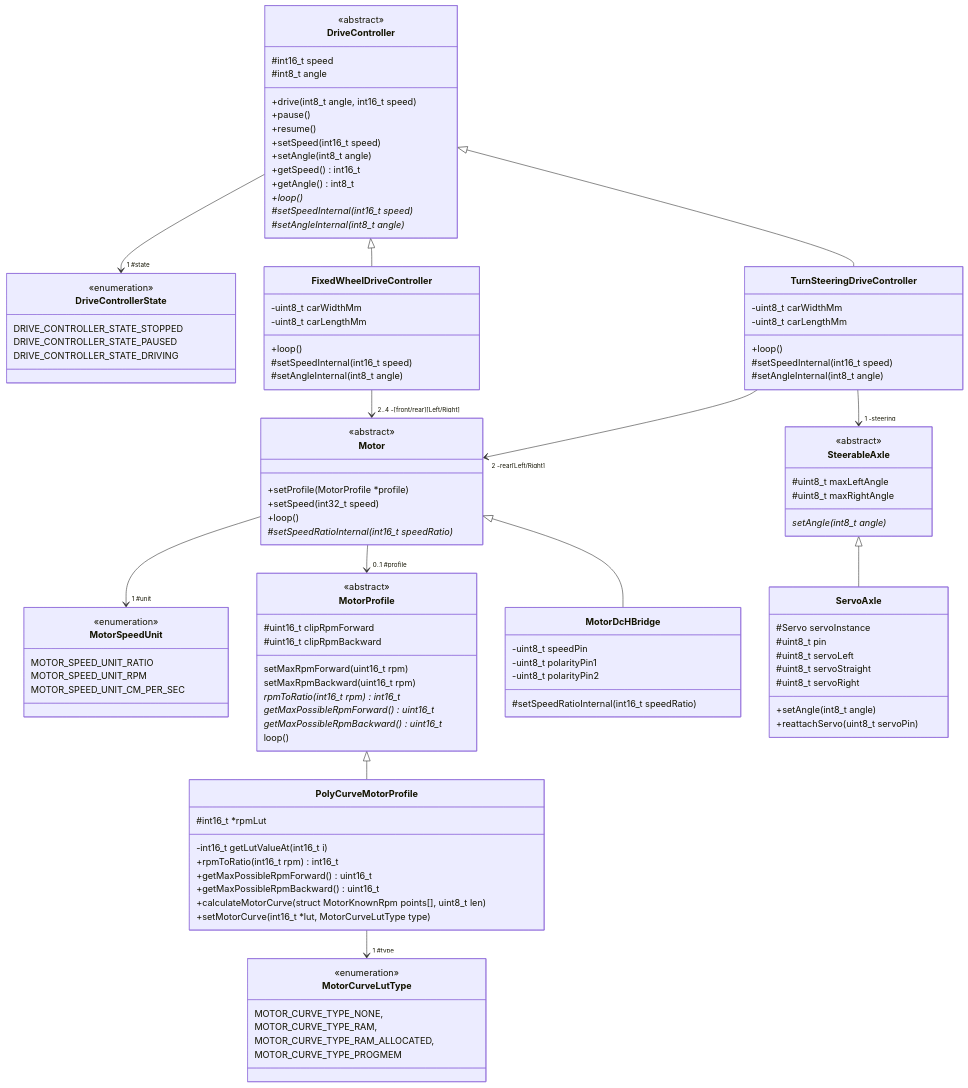
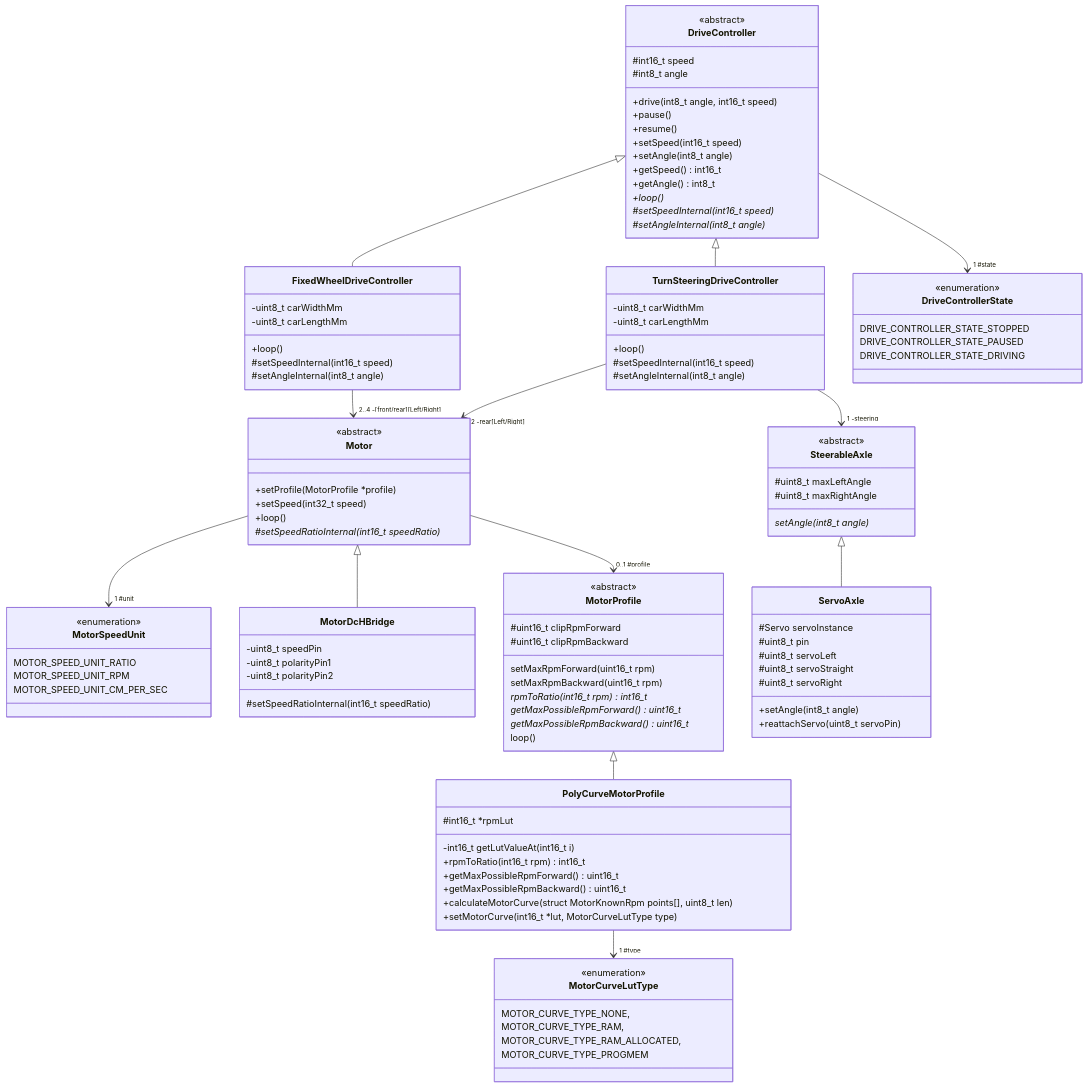
The first of 3 diagrams in README.md (SQA-Robo-Lab/Sofdcar-HAL), drawn with Mermaid before and after one commit. The commit also changed other lines of this file, not shown here.

Commit message:
Added other class diagrams

````diff
--- a/README.md
+++ b/README.md
@@ -29,9 +30,7 @@
         #setSpeedInternal(int16_t speed)*
         #setAngleInternal(int8_t angle)*
     }
-    DriveController --> "1 #state" DriveControllerState
 
-    DriveController <|-- FixedWheelDriveController
     class FixedWheelDriveController{
         -uint8_t carWidthMm
         -uint8_t carLengthMm
@@ -41,9 +40,7 @@
         #setSpeedInternal(int16_t speed)
         #setAngleInternal(int8_t angle)
     }
-    FixedWheelDriveController --> "2..4 -[front/rear][Left/Right]" Motor
 
-    DriveController <|-- TurnSteeringDriveController
     class TurnSteeringDriveController{
         -uint8_t carWidthMm
         -uint8_t carLengthMm
@@ -53,8 +50,6 @@
         #setSpeedInternal(int16_t speed)
         #setAngleInternal(int8_t angle)
     }
-    TurnSteeringDriveController --> "2 -rear[Left/Right]" Motor
-    TurnSteeringDriveController --> "1 -steering" SteerableAxle
 
     class DriveControllerState {
         <<enumeration>>
@@ -72,8 +67,6 @@
 
         #setSpeedRatioInternal(int16_t speedRatio)*
     }
-    Motor --> "1 #unit" MotorSpeedUnit
-    Motor --> "0..1 #profile" MotorProfile
 
     class MotorSpeedUnit {
         <<enumeration>>
@@ -82,7 +75,6 @@
         MOTOR_SPEED_UNIT_CM_PER_SEC
     }
 
-    Motor <|-- MotorDcHBridge
     class MotorDcHBridge {
         -uint8_t speedPin
         -uint8_t polarityPin1
@@ -106,7 +98,6 @@
         loop()
     }
 
-    MotorProfile <|-- PolyCurveMotorProfile
     class PolyCurveMotorProfile {
         #int16_t *rpmLut
 
@@ -137,7 +128,6 @@
         setAngle(int8_t angle)*
     }
 
-    SteerableAxle <|-- ServoAxle
     class ServoAxle {
         #Servo servoInstance
         #uint8_t pin
@@ -148,4 +138,17 @@
         +setAngle(int8_t angle)
         +reattachServo(uint8_t servoPin)
     }
+
+    DriveController <|-- TurnSteeringDriveController
+    DriveController <|-- FixedWheelDriveController
+    Motor <|-- MotorDcHBridge
+    MotorProfile <|-- PolyCurveMotorProfile
+    SteerableAxle <|-- ServoAxle
+
+    DriveController --> "1 #state" DriveControllerState
+    FixedWheelDriveController --> "2..4 -[front/rear][Left/Right]" Motor
+    TurnSteeringDriveController --> "2 -rear[Left/Right]" Motor
+    TurnSteeringDriveController --> "1 -steering" SteerableAxle
+    Motor --> "1 #unit" MotorSpeedUnit
+    Motor --> "0..1 #profile" MotorProfile
 ```
````
